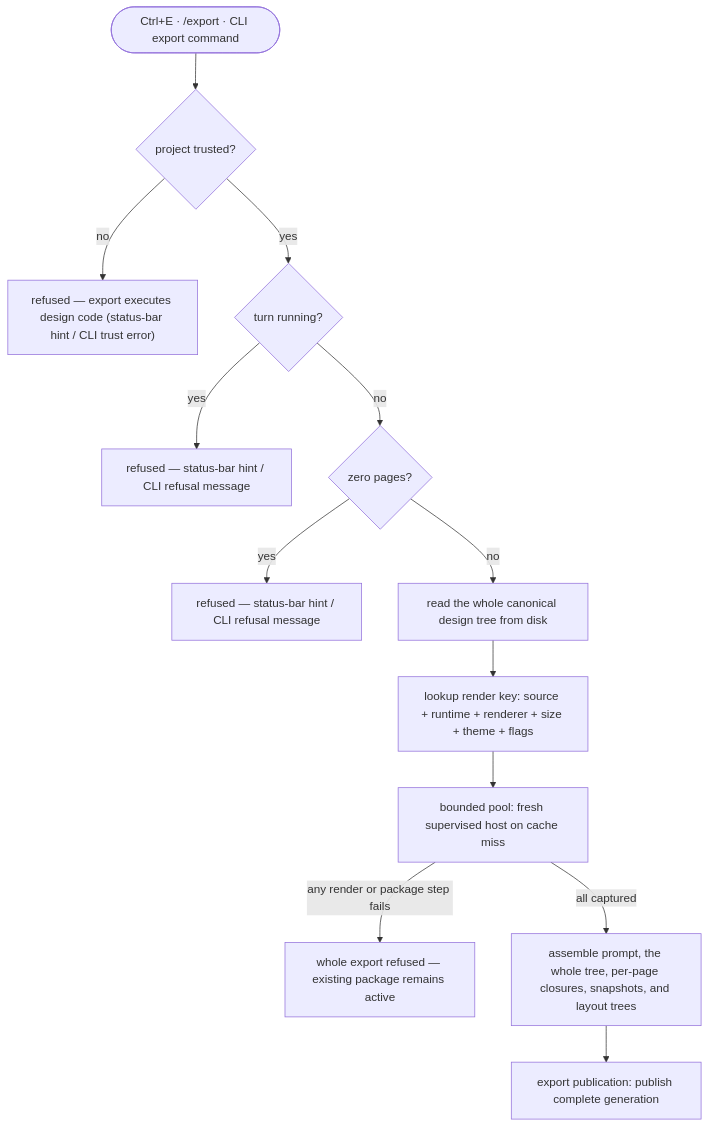
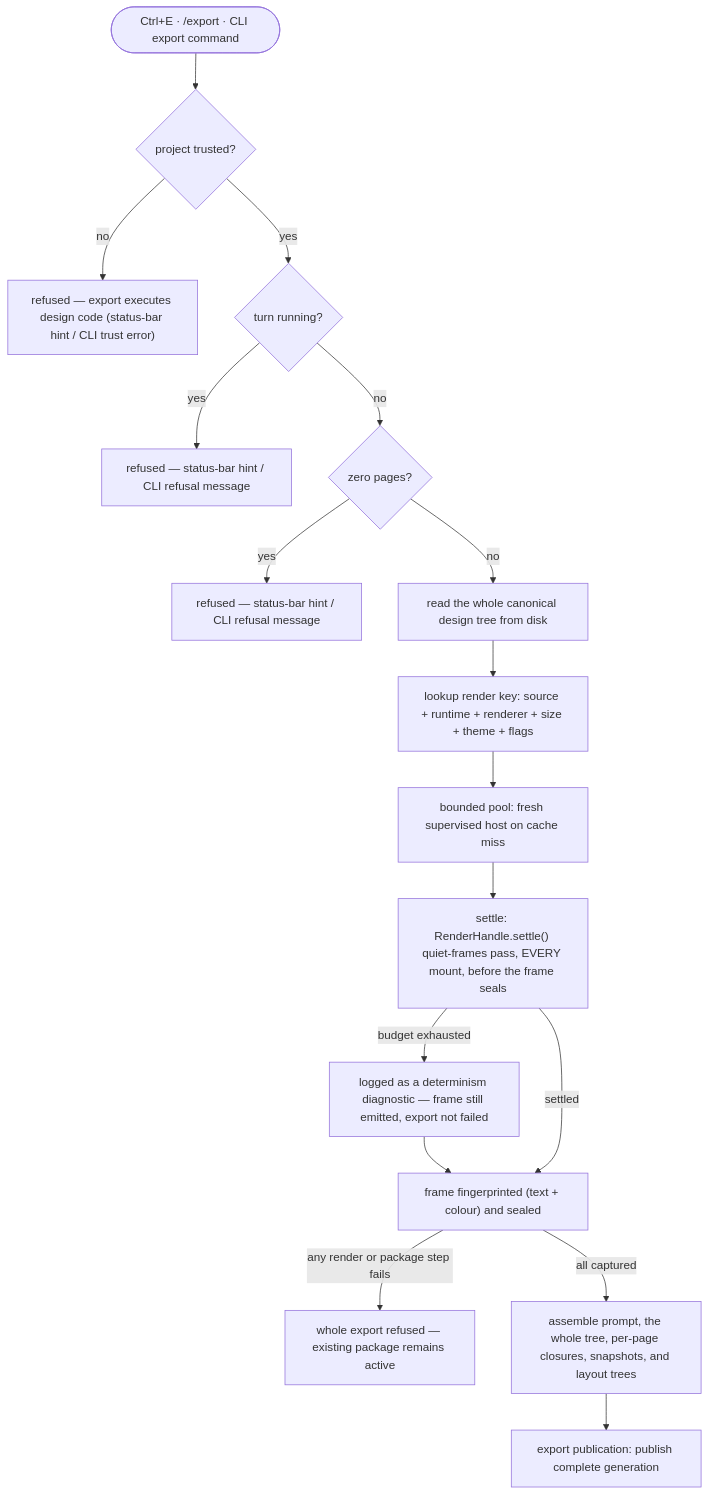
Before and after one commit to khmilevoi/termcraft: the diagram in docs/architecture/flows/export.md, drawn with Mermaid. The commit also changed other lines of this file and 4 other files, not shown here.

````diff
--- a/docs/architecture/flows/export.md
+++ b/docs/architecture/flows/export.md
@@ -3,15 +3,19 @@
 ```mermaid
 flowchart TD
     trigger(["Ctrl+E · /export · CLI export command"]) --> trust{"project trusted?"}
     trust -- "no" --> hint0["refused — export executes design code (status-bar hint / CLI trust error)"]
     trust -- "yes" --> busy{"turn running?"}
     busy -- "yes" --> hint1["refused — status-bar hint / CLI refusal message"]
     busy -- "no" --> empty{"zero pages?"}
     empty -- "yes" --> hint2["refused — status-bar hint / CLI refusal message"]
     empty -- "no" --> source["read the whole canonical design tree from disk"]
     source --> cache["lookup render key: source + runtime + renderer + size + theme + flags"]
     cache --> snap["bounded pool: fresh supervised host on cache miss"]
-    snap -- "any render or package step fails" --> fail["whole export refused — existing package remains active"]
-    snap -- "all captured" --> assemble["assemble prompt, the whole tree, per-page closures, snapshots, and layout trees"]
+    snap --> settle["settle: RenderHandle.settle() quiet-frames pass, EVERY mount, before the frame seals"]
+    settle -- "budget exhausted" --> settlewarn["logged as a determinism diagnostic — frame still emitted, export not failed"]
+    settlewarn --> capturefp["frame fingerprinted (text + colour) and sealed"]
+    settle -- "settled" --> capturefp
+    capturefp -- "any render or package step fails" --> fail["whole export refused — existing package remains active"]
+    capturefp -- "all captured" --> assemble["assemble prompt, the whole tree, per-page closures, snapshots, and layout trees"]
     assemble --> publish["export publication: publish complete generation"]
 ```
````
